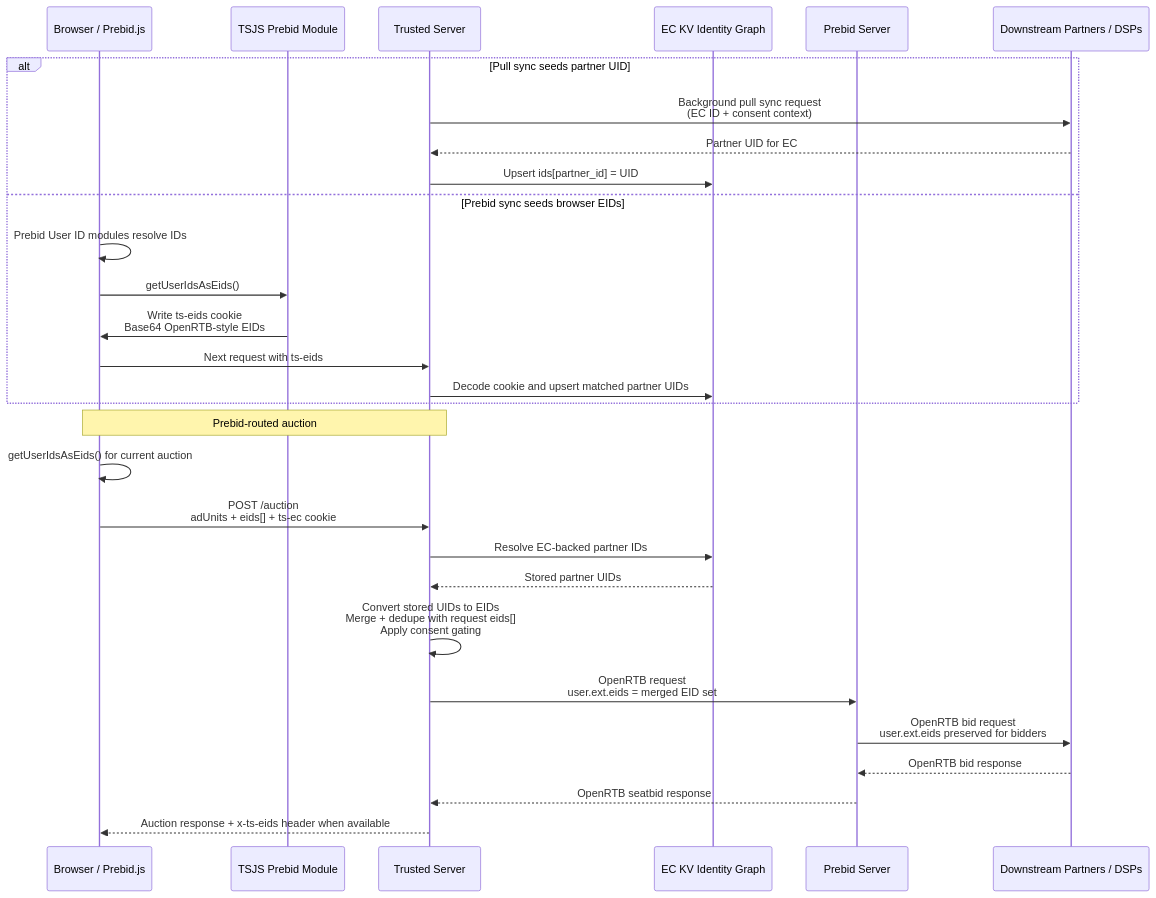
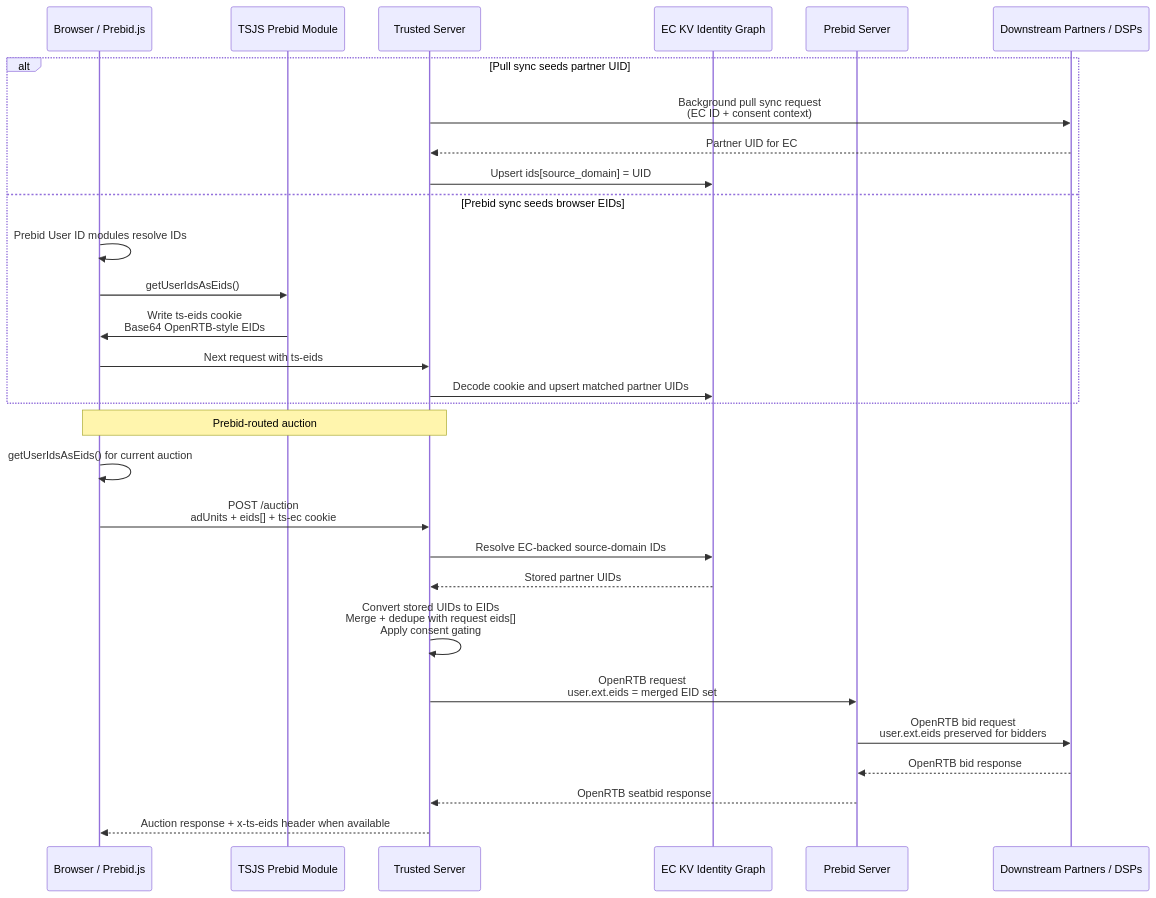
Before and after one commit to IABTechLab/trusted-server: the sixth of 6 diagrams in docs/guide/edge-cookies.md, drawn with Mermaid. The commit also changed other lines of this file and 18 other files, not shown here.

Commit message:
Use EC source domains as partner keys

````diff
--- a/docs/guide/edge-cookies.md
+++ b/docs/guide/edge-cookies.md
@@ -162,33 +162,33 @@
 ```mermaid
 sequenceDiagram
     participant B as Browser / Prebid.js
     participant TSJS as TSJS Prebid Module
     participant TS as Trusted Server
     participant KV as EC KV Identity Graph
     participant PS as Prebid Server
     participant DSP as Downstream Partners / DSPs
 
     alt Pull sync seeds partner UID
         TS->>DSP: Background pull sync request<br/>(EC ID + consent context)
         DSP-->>TS: Partner UID for EC
-        TS->>KV: Upsert ids[partner_id] = UID
+        TS->>KV: Upsert ids[source_domain] = UID
     else Prebid sync seeds browser EIDs
         B->>B: Prebid User ID modules resolve IDs
         B->>TSJS: getUserIdsAsEids()
         TSJS->>B: Write ts-eids cookie<br/>Base64 OpenRTB-style EIDs
         B->>TS: Next request with ts-eids
         TS->>KV: Decode cookie and upsert matched partner UIDs
     end
 
     Note over B,TS: Prebid-routed auction
     B->>B: getUserIdsAsEids() for current auction
     B->>TS: POST /auction<br/>adUnits + eids[] + ts-ec cookie
-    TS->>KV: Resolve EC-backed partner IDs
+    TS->>KV: Resolve EC-backed source-domain IDs
     KV-->>TS: Stored partner UIDs
     TS->>TS: Convert stored UIDs to EIDs<br/>Merge + dedupe with request eids[]<br/>Apply consent gating
     TS->>PS: OpenRTB request<br/>user.ext.eids = merged EID set
     PS->>DSP: OpenRTB bid request<br/>user.ext.eids preserved for bidders
     DSP-->>PS: OpenRTB bid response
     PS-->>TS: OpenRTB seatbid response
     TS-->>B: Auction response + x-ts-eids header when available
 ```
````
